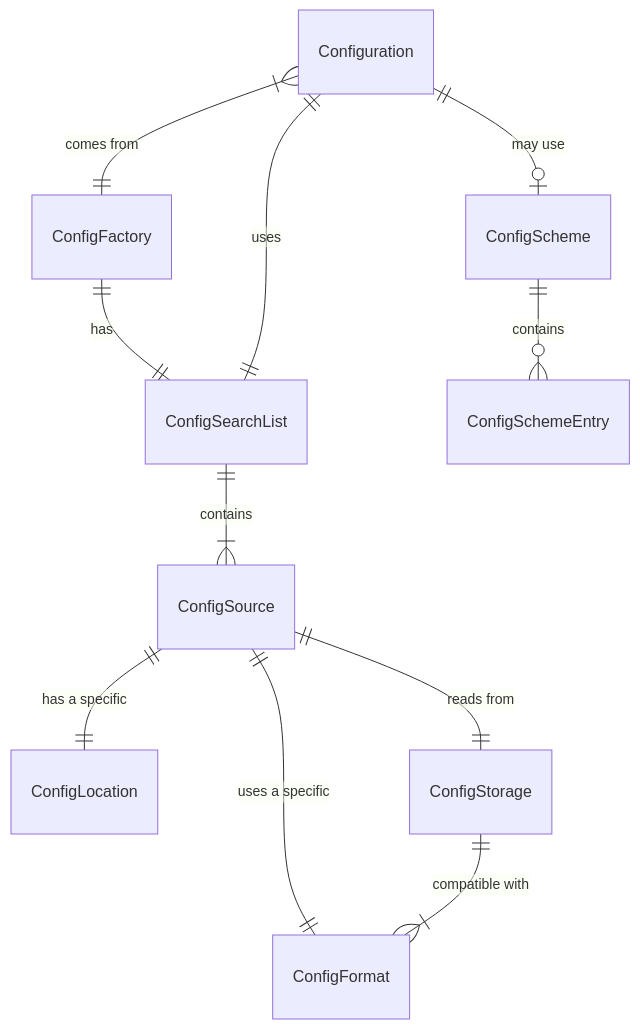
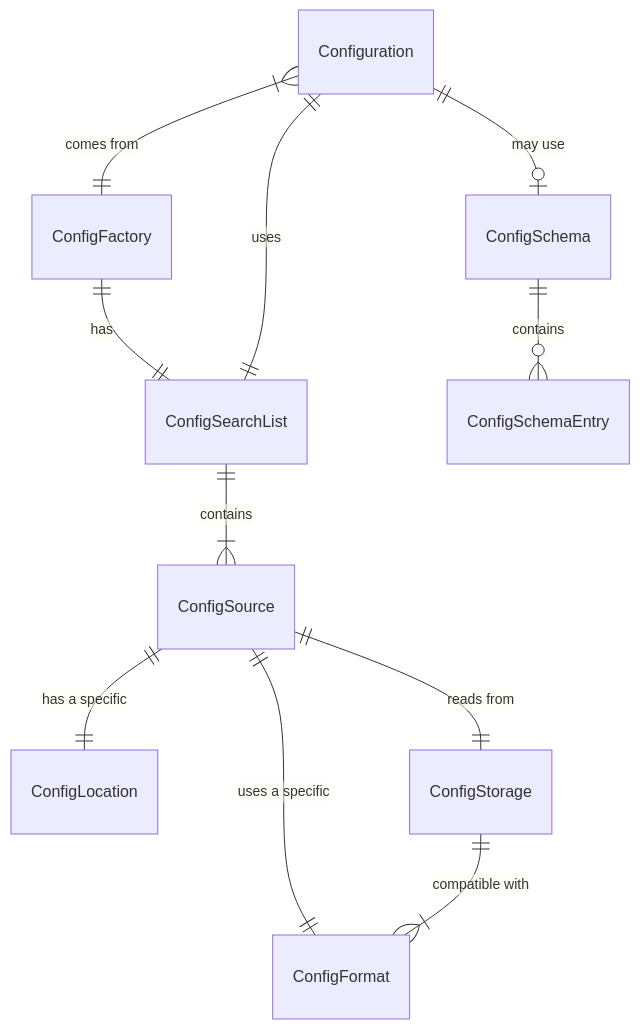
Before and after one commit to meta-bit/mconfig: the first of 3 diagrams in documentation/src/site/markdown/21_how_it_works.md, drawn with Mermaid. The commit also changed other lines of this file and 258 other files, not shown here.

Commit message:
0.8.8 release scheme to schema renaming (API change) ConfigEvent (API addition, as planned) improvements in file format handling and CLI JSON-LD additions bugfixes and dependency updates

````diff
--- a/documentation/src/site/markdown/21_how_it_works.md
+++ b/documentation/src/site/markdown/21_how_it_works.md
@@ -235,14 +235,14 @@
 ```mermaid
 erDiagram
     Configuration    }|--|| ConfigFactory : "comes from"
     ConfigFactory    ||--|| ConfigSearchList : has
     Configuration    ||--|| ConfigSearchList : uses
     ConfigSearchList ||--|{ ConfigSource : contains
     ConfigSource     ||--|| ConfigLocation : "has a specific"
     ConfigSource     ||--|| ConfigStorage : "reads from"
     ConfigSource     ||--|| ConfigFormat : "uses a specific"
     ConfigStorage    ||--|{ ConfigFormat : "compatible with"
     
-    Configuration    ||--o| ConfigScheme : "may use"
-    ConfigScheme     ||--o{ ConfigSchemeEntry : contains 
+    Configuration    ||--o| ConfigSchema : "may use"
+    ConfigSchema     ||--o{ ConfigSchemaEntry : contains 
 ```
````
